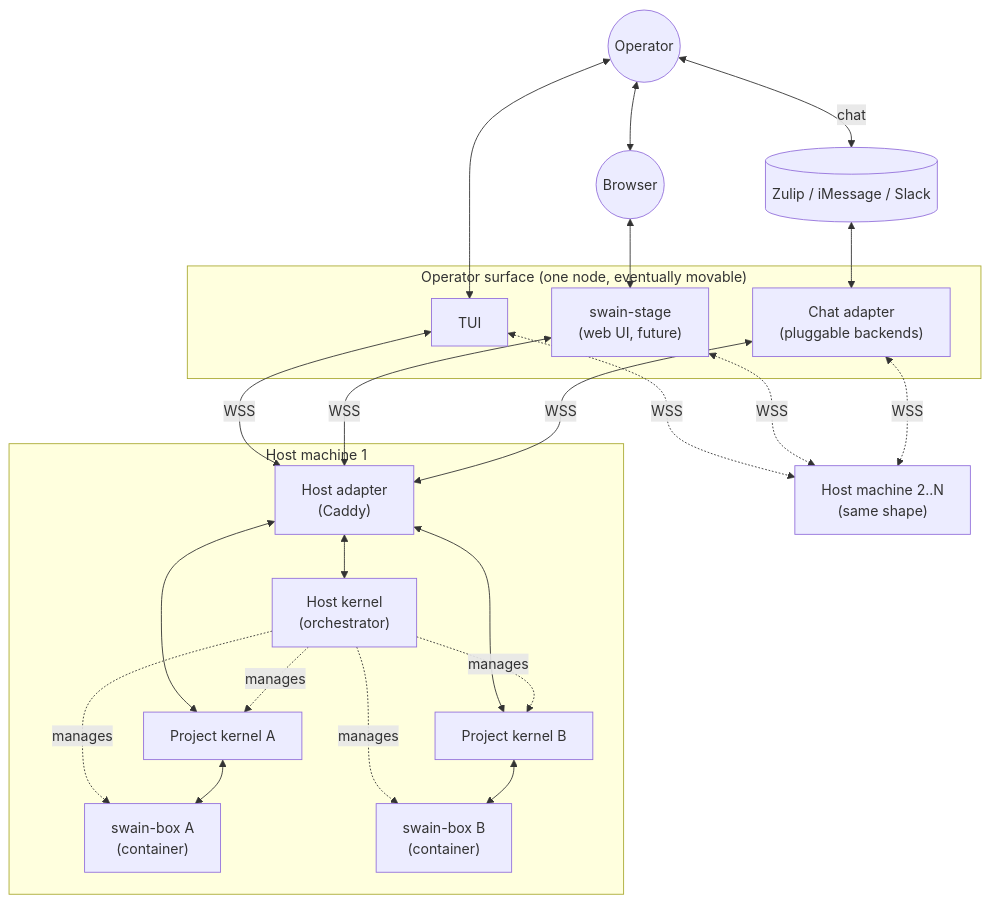
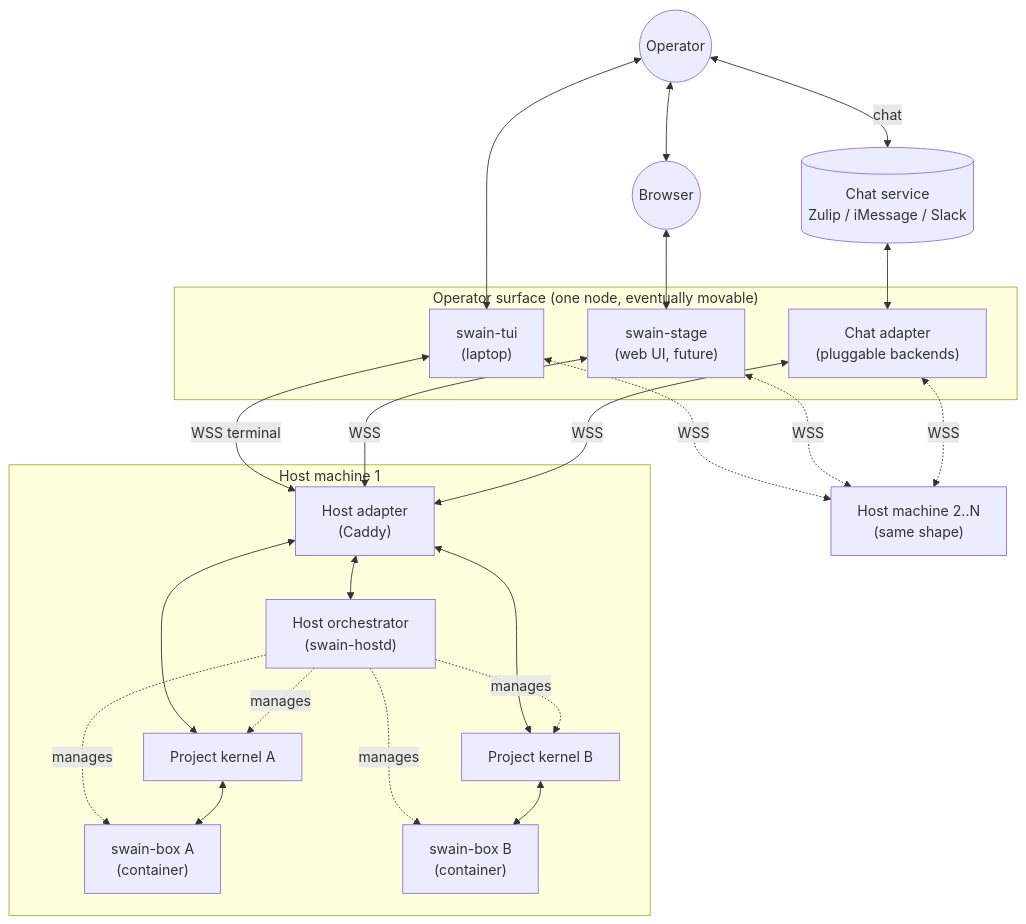
The first of 2 diagrams in docs/scratchpads/2026-04-26-architecture-bounded-contexts/scratchpad.md (cristoslc/swain), drawn with Mermaid before and after one commit. The commit also changed other lines of this file, not shown here.

First line of the commit message:
docs(scratchpad): consolidated architecture; pin host orchestrator + tmux + chat

````diff
--- a/docs/scratchpads/2026-04-26-architecture-bounded-contexts/scratchpad.md
+++ b/docs/scratchpads/2026-04-26-architecture-bounded-contexts/scratchpad.md
@@ -53,46 +57,46 @@
 ```mermaid
 flowchart TB
     Op(("Operator"))
     Browser(("Browser"))
-    ChatSvc[("Zulip / iMessage / Slack")]
+    ChatSvc[("Chat service<br/>Zulip / iMessage / Slack")]
 
     subgraph OS["Operator surface (one node, eventually movable)"]
-        TUI["TUI"]
+        TUI["swain-tui<br/>(laptop)"]
         Stage["swain-stage<br/>(web UI, future)"]
         ChatA["Chat adapter<br/>(pluggable backends)"]
     end
 
     subgraph Host1["Host machine 1"]
         HA1["Host adapter<br/>(Caddy)"]
-        HK1["Host kernel<br/>(orchestrator)"]
+        HO1["Host orchestrator<br/>(swain-hostd)"]
         K1A["Project kernel A"]
         K1B["Project kernel B"]
         Box1A["swain-box A<br/>(container)"]
         Box1B["swain-box B<br/>(container)"]
     end
 
     HostN["Host machine 2..N<br/>(same shape)"]
 
     Op <--> TUI
     Op <--> Browser
     Browser <--> Stage
     Op <-->|"chat"| ChatSvc
     ChatSvc <--> ChatA
 
-    TUI <-->|"WSS"| HA1
+    TUI <-->|"WSS terminal"| HA1
     Stage <-->|"WSS"| HA1
     ChatA <-->|"WSS"| HA1
     TUI <-.->|"WSS"| HostN
     Stage <-.->|"WSS"| HostN
     ChatA <-.->|"WSS"| HostN
 
-    HA1 <--> HK1
+    HA1 <--> HO1
     HA1 <--> K1A
     HA1 <--> K1B
-    HK1 -.->|"manages"| K1A
-    HK1 -.->|"manages"| K1B
-    HK1 -.->|"manages"| Box1A
-    HK1 -.->|"manages"| Box1B
+    HO1 -.->|"manages"| K1A
+    HO1 -.->|"manages"| K1B
+    HO1 -.->|"manages"| Box1A
+    HO1 -.->|"manages"| Box1B
     K1A <--> Box1A
     K1B <--> Box1B
 ```
````
